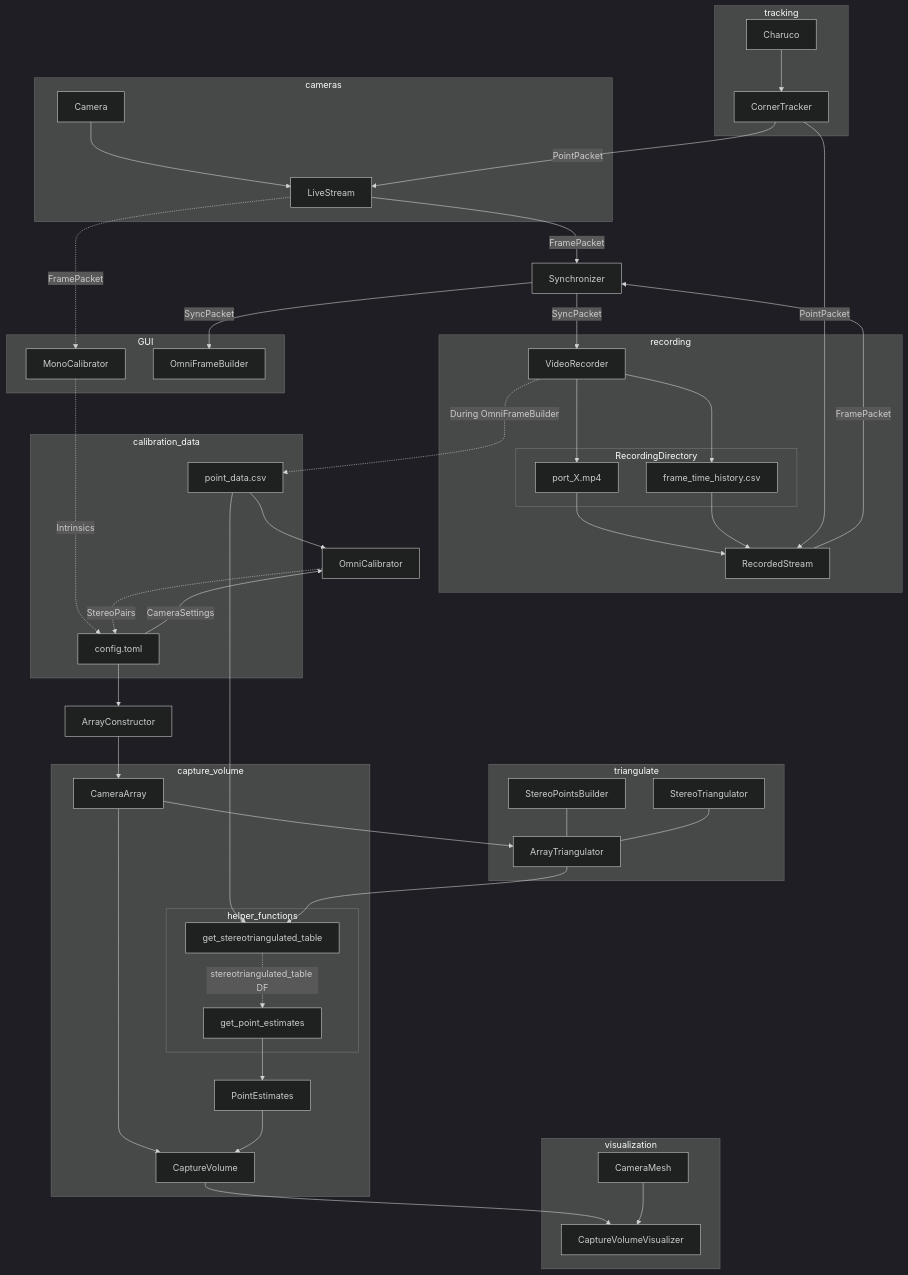
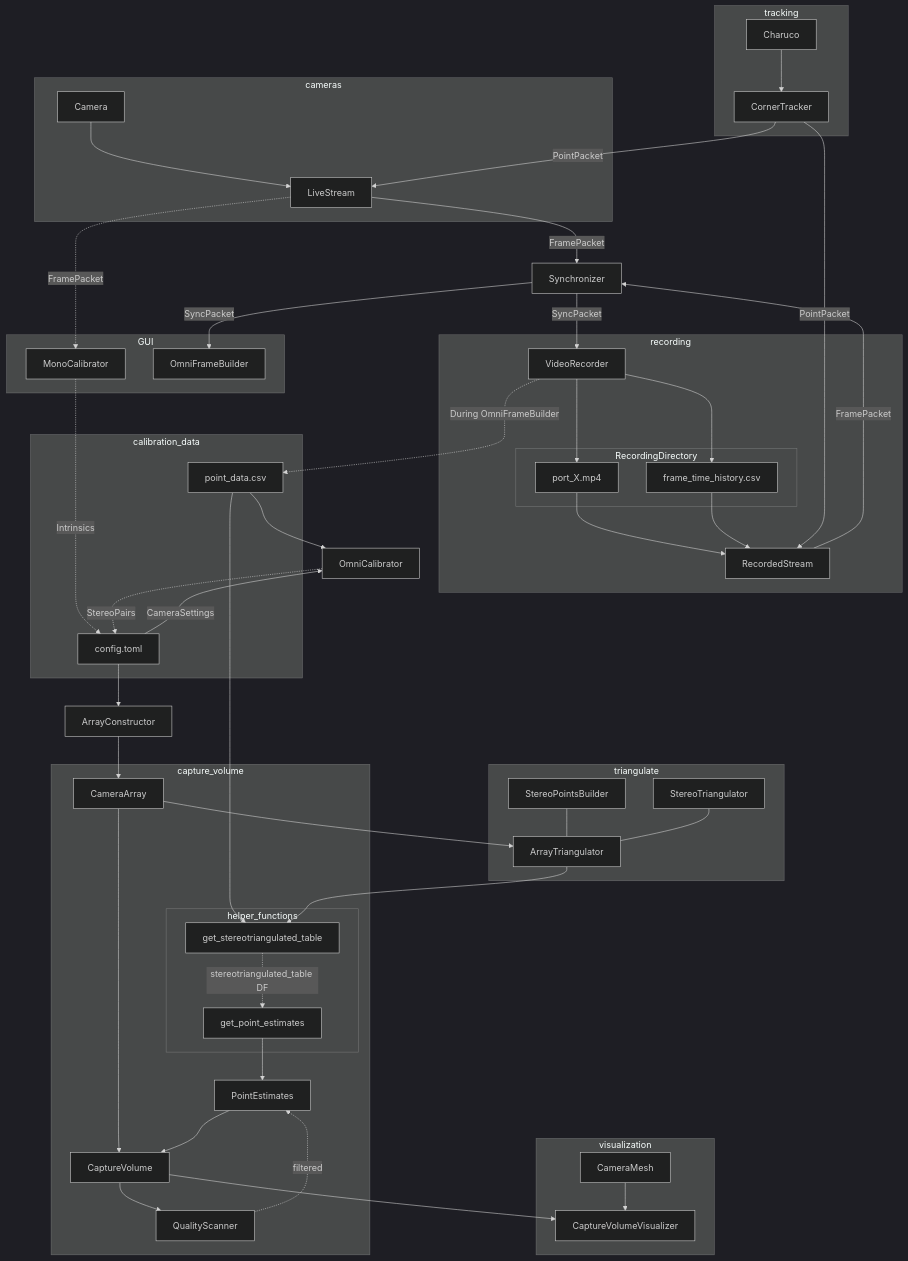
One commit to mprib/caliscope changed the diagram in README.md. Above: the diagram before and after it, drawn with Mermaid (dark theme).

Commit message:
add quality scanner

```diff
--- a/README.md
+++ b/README.md
@@ -91,8 +91,9 @@
 
     CameraArray --> CaptureVolume
     PointEstimates --> CaptureVolume
+    CaptureVolume --> QualityScanner
+    QualityScanner -.filtered.-> PointEstimates
 end
-
 
 
 subgraph visualization
```
